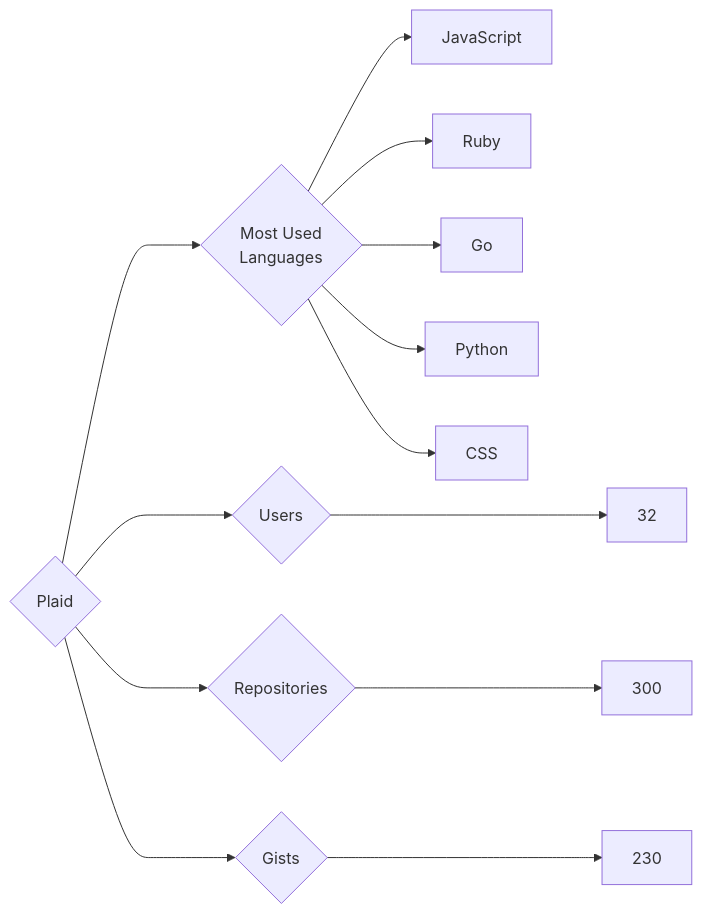
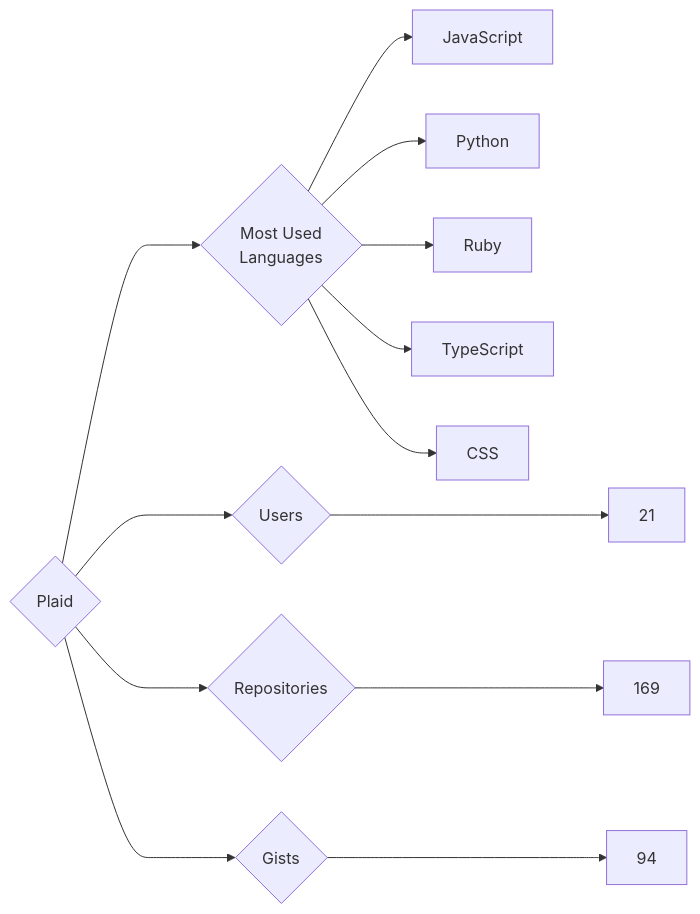
The diagram in targets/Plaid/README.md (trickest/insiders), drawn with Mermaid before and after one commit. The commit also changed 928 other files, not shown here.

````diff
--- a/targets/Plaid/README.md
+++ b/targets/Plaid/README.md
@@ -3,13 +3,13 @@
 ```mermaid
 graph LR
 COMPANY_NAME{Plaid}
-COMPANY_NAME ---> U{Users} ---> UN[32]
-COMPANY_NAME ---> R{Repositories} ---> RN[300]
-COMPANY_NAME ---> G{Gists} ---> GN[230]
+COMPANY_NAME ---> U{Users} ---> UN[21]
+COMPANY_NAME ---> R{Repositories} ---> RN[169]
+COMPANY_NAME ---> G{Gists} ---> GN[94]
 COMPANY_NAME ---> ML{Most Used<br>Languages}
 ML --> JavaScript[JavaScript]
+ML --> Python[Python]
 ML --> Ruby[Ruby]
-ML --> Go[Go]
-ML --> Python[Python]
+ML --> TypeScript[TypeScript]
 ML --> CSS[CSS]
 ```
````
